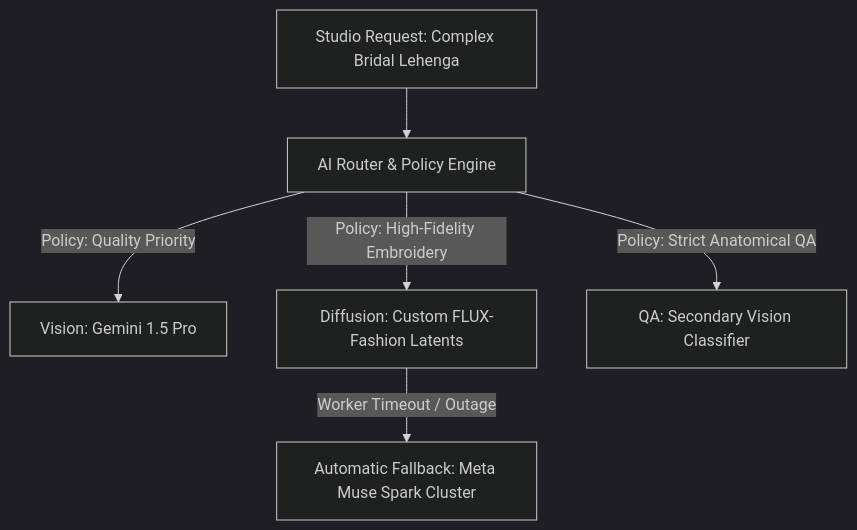
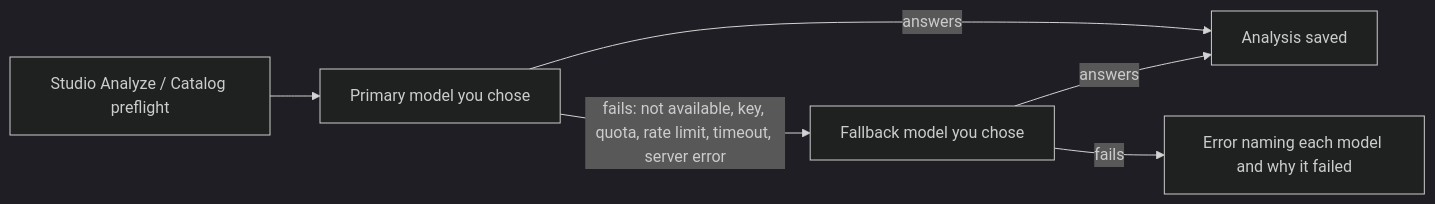
The diagram in youthnic-ai-studio-docs/admin/ai-routing-models.mdx (pawanshukla500/aistudio-youthnic), drawn with Mermaid (dark theme) before and after one commit. The commit also changed other lines of this file and 11 other files, not shown here.

````diff
--- a/youthnic-ai-studio-docs/admin/ai-routing-models.mdx
+++ b/youthnic-ai-studio-docs/admin/ai-routing-models.mdx
@@ -10,8 +12,8 @@
 ```mermaid
-graph TD
-    A[Studio Request: Complex Bridal Lehenga] --> B[AI Router & Policy Engine]
-    B -->|Policy: Quality Priority| C[Vision: Gemini 1.5 Pro]
-    B -->|Policy: High-Fidelity Embroidery| D[Diffusion: Custom FLUX-Fashion Latents]
-    B -->|Policy: Strict Anatomical QA| E[QA: Secondary Vision Classifier]
-    D -->|Worker Timeout / Outage| F[Automatic Fallback: Meta Muse Spark Cluster]
+graph LR
+    A[Studio Analyze / Catalog preflight] --> B[Primary model you chose]
+    B -->|answers| D[Analysis saved]
+    B -->|fails: not available, key, quota, rate limit, timeout, server error| C[Fallback model you chose]
+    C -->|answers| D
+    C -->|fails| E[Error naming each model and why it failed]
 ```
````
